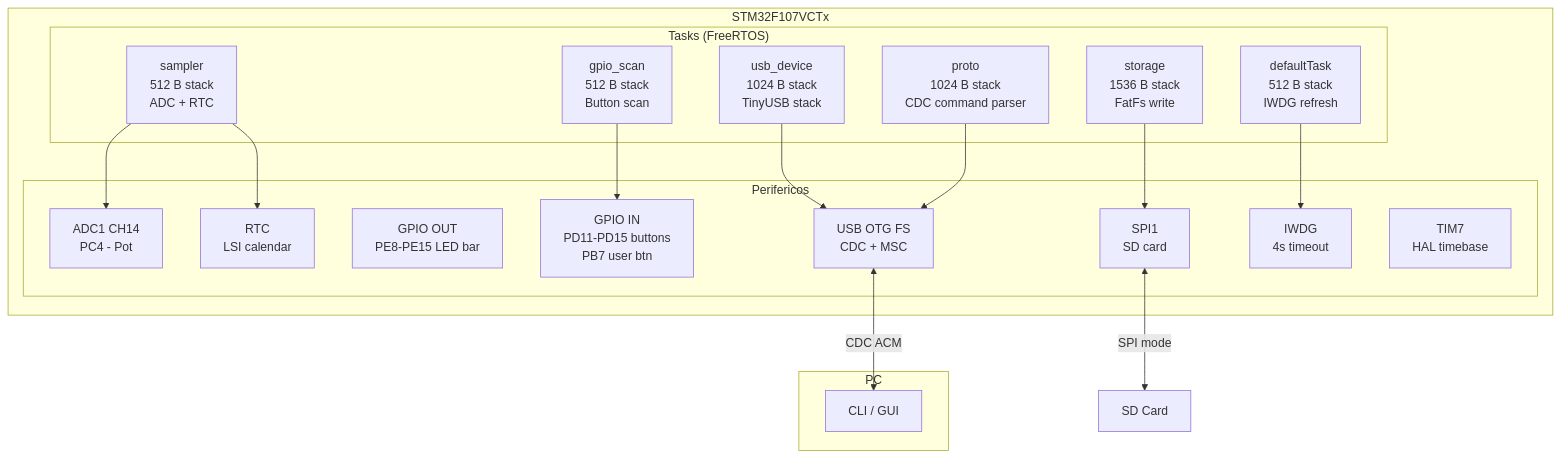
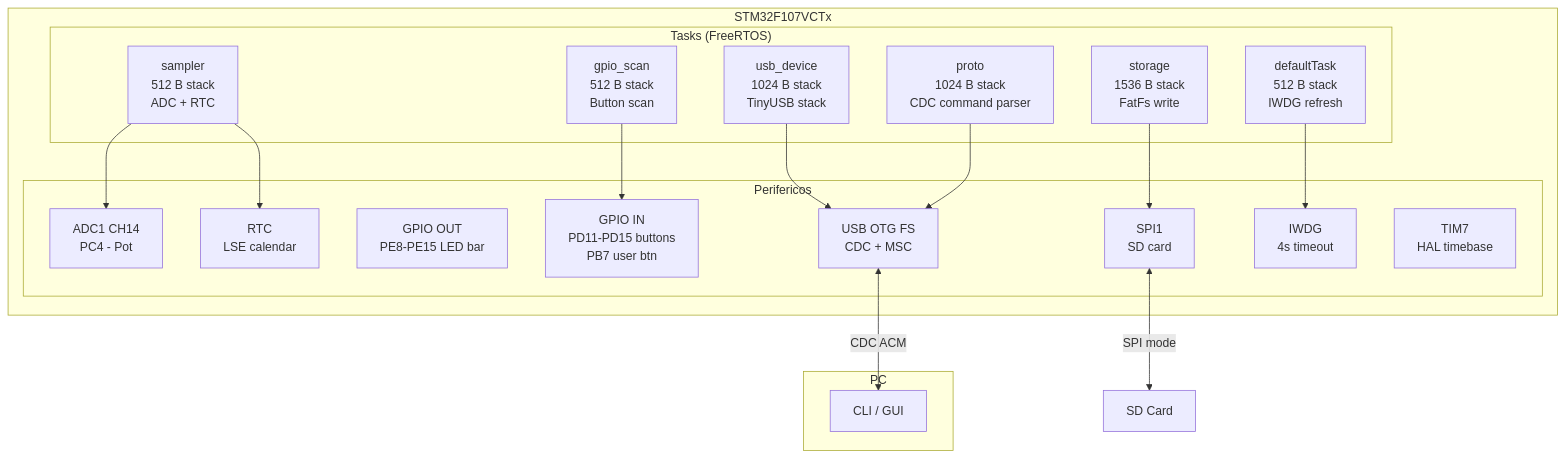
One commit to engwilluni/stm32-datalogger changed the first of 2 diagrams in README.md. Above: the diagram before and after it, drawn with Mermaid. The commit also changed other lines of this file, not shown here.

````diff
--- a/README.md
+++ b/README.md
@@ -21,39 +21,39 @@
 ```mermaid
 graph TB
     subgraph "STM32F107VCTx"
         subgraph "Tasks (FreeRTOS)"
             T_default[defaultTask<br/>512 B stack<br/>IWDG refresh]
             T_sampler[sampler<br/>512 B stack<br/>ADC + RTC]
             T_gpio[gpio_scan<br/>512 B stack<br/>Button scan]
             T_storage[storage<br/>1536 B stack<br/>FatFs write]
             T_usb[usb_device<br/>1024 B stack<br/>TinyUSB stack]
             T_proto[proto<br/>1024 B stack<br/>CDC command parser]
         end
 
         subgraph "Perifericos"
             ADC1[ADC1 CH14<br/>PC4 - Pot]
-            RTC[RTC<br/>LSI calendar]
+            RTC[RTC<br/>LSE calendar]
             GPIO_OUT[GPIO OUT<br/>PE8-PE15 LED bar]
             GPIO_IN[GPIO IN<br/>PD11-PD15 buttons<br/>PB7 user btn]
             SPI1[SPI1<br/>SD card]
             USB_OTG[USB OTG FS<br/>CDC + MSC]
             IWDG[IWDG<br/>4s timeout]
             TIM7[TIM7<br/>HAL timebase]
         end
 
         T_default --> IWDG
         T_sampler --> ADC1
         T_sampler --> RTC
         T_gpio --> GPIO_IN
         T_storage --> SPI1
         T_usb --> USB_OTG
         T_proto --> USB_OTG
     end
 
     subgraph "PC"
         CLI[CLI / GUI]
     end
 
     USB_OTG <-->|CDC ACM| CLI
     SPI1 <-->|SPI mode| SD_CARD[SD Card]
 ```
````
